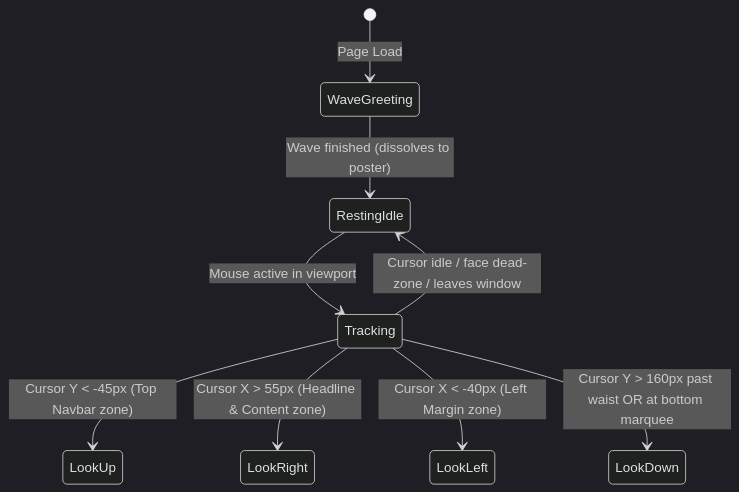
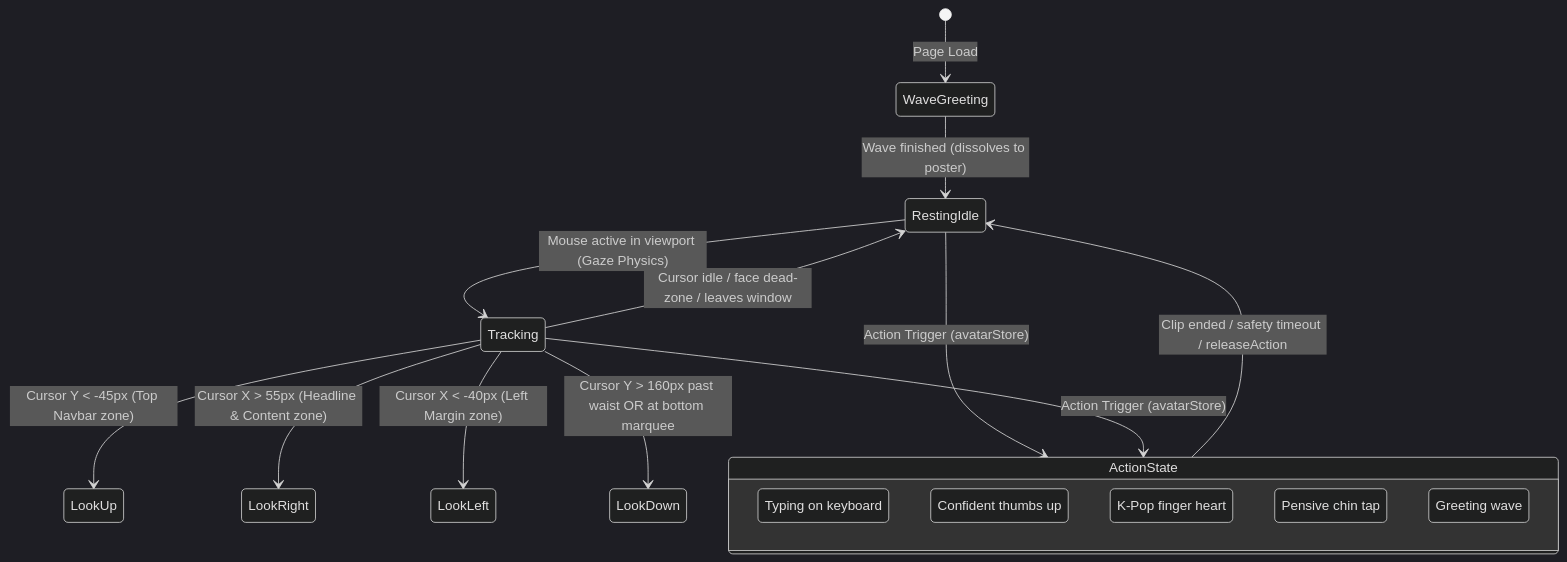
Before and after one commit to nmrisrl11/nmrisrl-v3: the diagram in docs/06-avatar-interactive-engine.md, drawn with Mermaid (dark theme). The commit also changed other lines of this file and 14 other files, not shown here.

````diff
--- a/docs/06-avatar-interactive-engine.md
+++ b/docs/06-avatar-interactive-engine.md
@@ -25,11 +27,22 @@
 ```mermaid
 stateDiagram-v2
     [*] --> WaveGreeting: Page Load
     WaveGreeting --> RestingIdle: Wave finished (dissolves to poster)
-    RestingIdle --> Tracking: Mouse active in viewport
+    RestingIdle --> Tracking: Mouse active in viewport (Gaze Physics)
     Tracking --> LookUp: Cursor Y < -45px (Top Navbar zone)
     Tracking --> LookRight: Cursor X > 55px (Headline & Content zone)
     Tracking --> LookLeft: Cursor X < -40px (Left Margin zone)
     Tracking --> LookDown: Cursor Y > 160px past waist OR at bottom marquee
     Tracking --> RestingIdle: Cursor idle / face dead-zone / leaves window
+
+    RestingIdle --> ActionState: Action Trigger (avatarStore)
+    Tracking --> ActionState: Action Trigger (avatarStore)
+    state ActionState {
+        Coding: Typing on keyboard
+        ThumbsUp: Confident thumbs up
+        FingerHeart: K-Pop finger heart
+        Thinking: Pensive chin tap
+        Wave: Greeting wave
+    }
+    ActionState --> RestingIdle: Clip ended / safety timeout / releaseAction
 ```
````
